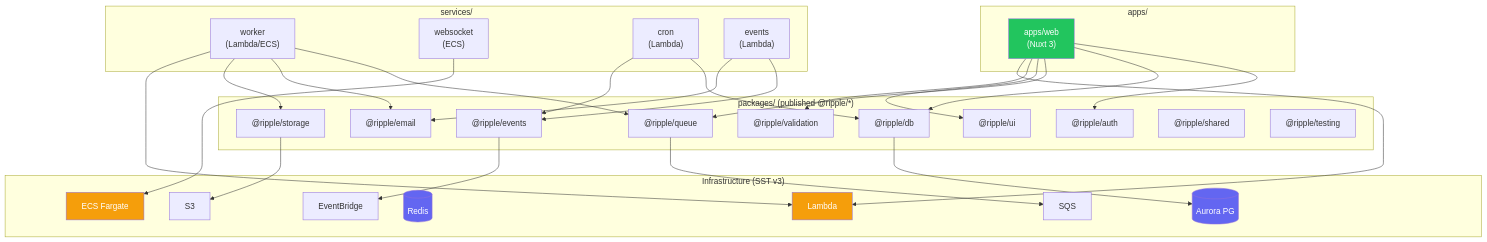
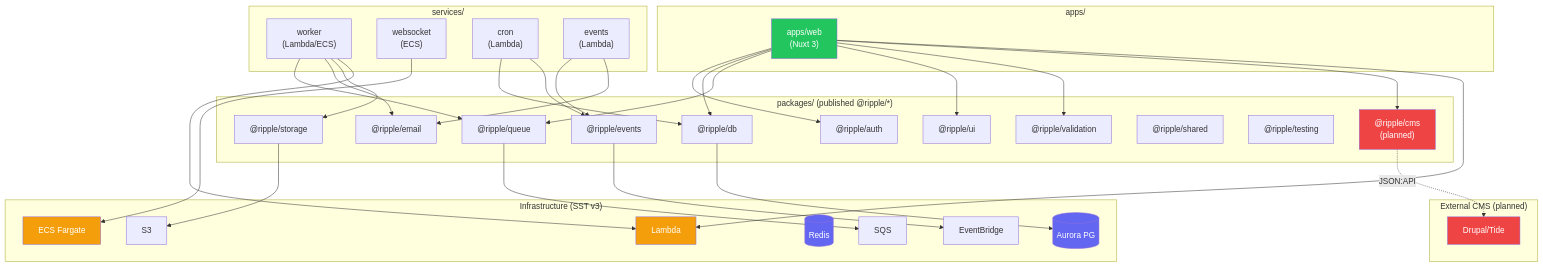
The sixth of 10 diagrams in docs/product-roadmap/README.md (jbejenar/ripple-next), drawn with Mermaid before and after one commit. The commit also changed other lines of this file and 2 other files, not shown here.

First line of the commit message:
fix: address PR review comments, add Drupal/Tide CMS integration to roadmap

````diff
--- a/docs/product-roadmap/README.md
+++ b/docs/product-roadmap/README.md
@@ -172,55 +243,63 @@
 ```mermaid
 graph TD
     subgraph "apps/"
         WEB["apps/web<br/>(Nuxt 3)"]
     end
 
     subgraph "packages/ (published @ripple/*)"
         AUTH["@ripple/auth"]
         DB["@ripple/db"]
         QUEUE["@ripple/queue"]
         STORAGE["@ripple/storage"]
         EMAIL["@ripple/email"]
         EVENTS["@ripple/events"]
         UI["@ripple/ui"]
         VAL["@ripple/validation"]
         SHARED["@ripple/shared"]
         TESTING["@ripple/testing"]
+        CMS["@ripple/cms<br/>(planned)"]
+    end
+
+    subgraph "External CMS (planned)"
+        DRUPAL["Drupal/Tide"]
     end
 
     subgraph "services/"
         WORKER["worker<br/>(Lambda/ECS)"]
         WS["websocket<br/>(ECS)"]
         CRON["cron<br/>(Lambda)"]
         EVH["events<br/>(Lambda)"]
     end
 
     subgraph "Infrastructure (SST v3)"
         LAMBDA[Lambda]
         ECS[ECS Fargate]
         AURORA[(Aurora PG)]
         REDIS[(Redis)]
         SQS[SQS]
         S3[S3]
         EB[EventBridge]
     end
 
-    WEB --> AUTH & DB & QUEUE & UI & VAL
+    WEB --> AUTH & DB & QUEUE & UI & VAL & CMS
     WORKER --> QUEUE & EMAIL & STORAGE
     CRON --> DB & EVENTS
     EVH --> EVENTS & EMAIL
+    CMS -.->|JSON:API| DRUPAL
 
     DB --> AURORA
     QUEUE --> SQS
     STORAGE --> S3
     EVENTS --> EB
     WEB --> LAMBDA
     WORKER --> LAMBDA
     WS --> ECS
 
     style WEB fill:#22c55e,color:#fff
     style LAMBDA fill:#f59e0b,color:#fff
     style ECS fill:#f59e0b,color:#fff
     style AURORA fill:#6366f1,color:#fff
     style REDIS fill:#6366f1,color:#fff
+    style CMS fill:#ef4444,color:#fff
+    style DRUPAL fill:#ef4444,color:#fff
 ```
````
